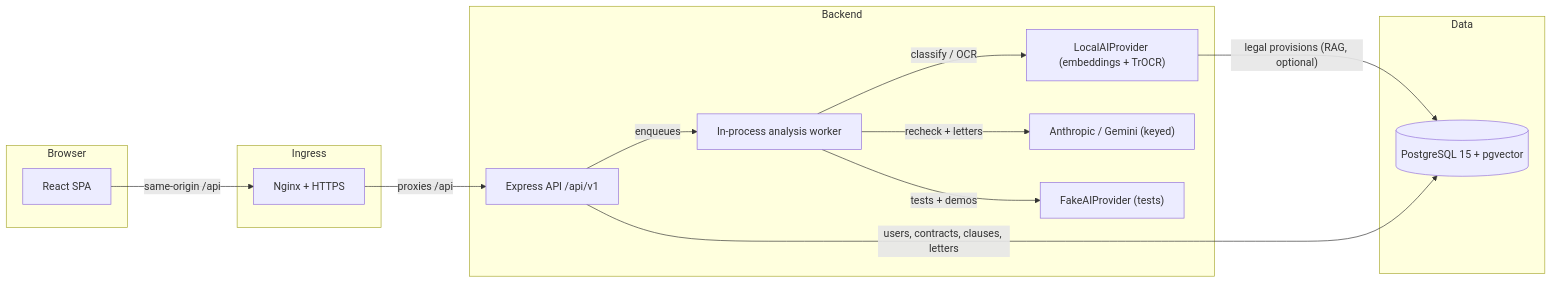
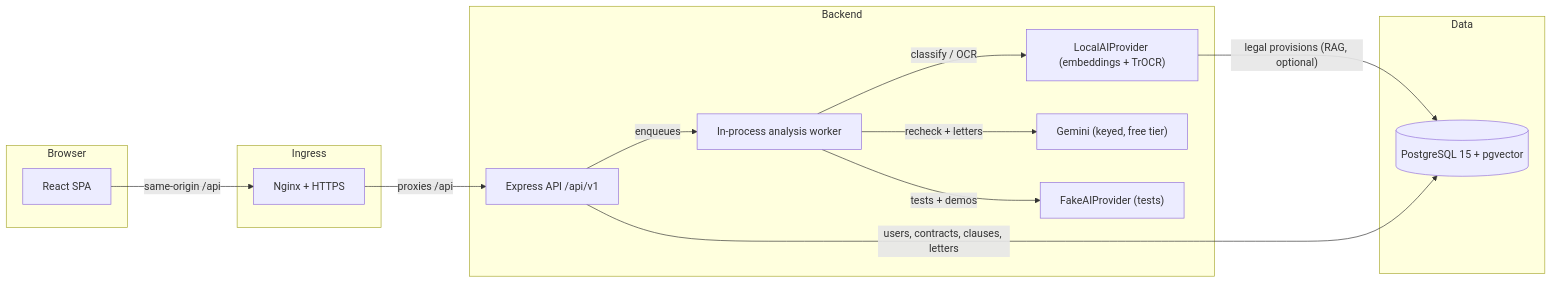
Before and after one commit to Jesusdavid2004/Contrato_ceroO: the diagram in README.md, drawn with Mermaid. The commit also changed other lines of this file and 20 other files, not shown here.

Commit message:
refactor(ai): remove Anthropic, keep local plus free Gemini hybrid

````diff
--- a/README.md
+++ b/README.md
@@ -29,28 +29,28 @@
 ```mermaid
 flowchart LR
     subgraph Client["Browser"]
         SPA["React SPA"]
     end
     subgraph Edge["Ingress"]
         Nginx["Nginx + HTTPS"]
     end
     subgraph API["Backend"]
         Express["Express API /api/v1"]
         Worker["In-process analysis worker"]
         Fake["FakeAIProvider (tests)"]
         Local["LocalAIProvider (embeddings + TrOCR)"]
-        Hosted["Anthropic / Gemini (keyed)"]
+        Hosted["Gemini (keyed, free tier)"]
     end
     subgraph Data["Data"]
         PG[("PostgreSQL 15 + pgvector")]
     end
 
     SPA -->|"same-origin /api"| Nginx
     Nginx -->|"proxies /api"| Express
     Express -->|"enqueues"| Worker
     Worker -->|"classify / OCR"| Local
     Worker -->|"recheck + letters"| Hosted
     Worker -->|"tests + demos"| Fake
     Express -->|"users, contracts, clauses, letters"| PG
     Local -->|"legal provisions (RAG, optional)"| PG
 ```
````
